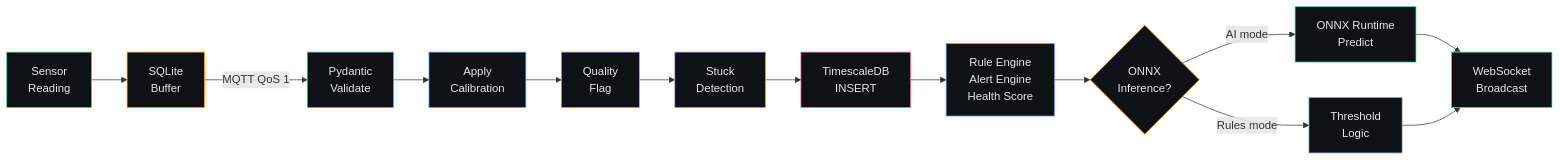
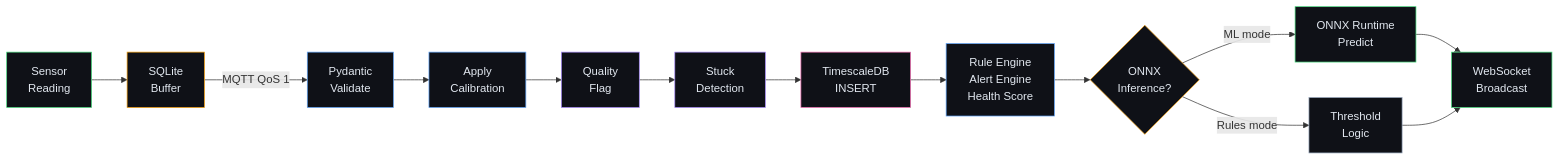
One commit to synaesthetik/backyard-farm changed the second of 4 diagrams in README.md. Above: the diagram before and after it, drawn with Mermaid. The commit also changed other lines of this file, not shown here.

````diff
--- a/README.md
+++ b/README.md
@@ -67,28 +67,28 @@
 ```mermaid
 flowchart LR
     SENSOR["Sensor<br/>Reading"] --> BUFFER["SQLite<br/>Buffer"]
     BUFFER -->|MQTT QoS 1| PARSE["Pydantic<br/>Validate"]
     PARSE --> CAL["Apply<br/>Calibration"]
     CAL --> QF["Quality<br/>Flag"]
     QF --> STUCK["Stuck<br/>Detection"]
     STUCK --> TS["TimescaleDB<br/>INSERT"]
     TS --> EVAL["Rule Engine<br/>Alert Engine<br/>Health Score"]
     EVAL --> ONNX{"ONNX<br/>Inference?"}
-    ONNX -->|AI mode| ML["ONNX Runtime<br/>Predict"]
+    ONNX -->|ML mode| ML["ONNX Runtime<br/>Predict"]
     ONNX -->|Rules mode| RULES["Threshold<br/>Logic"]
     ML --> WS["WebSocket<br/>Broadcast"]
     RULES --> WS
 
     style SENSOR fill:#0f1117,stroke:#4ade80,color:#e2e8f0
     style BUFFER fill:#0f1117,stroke:#f59e0b,color:#e2e8f0
     style PARSE fill:#0f1117,stroke:#60a5fa,color:#e2e8f0
     style CAL fill:#0f1117,stroke:#60a5fa,color:#e2e8f0
     style QF fill:#0f1117,stroke:#a78bfa,color:#e2e8f0
     style STUCK fill:#0f1117,stroke:#a78bfa,color:#e2e8f0
     style TS fill:#0f1117,stroke:#f472b6,color:#e2e8f0
     style EVAL fill:#0f1117,stroke:#60a5fa,color:#e2e8f0
     style ONNX fill:#0f1117,stroke:#f59e0b,color:#e2e8f0
     style ML fill:#0f1117,stroke:#4ade80,color:#e2e8f0
     style RULES fill:#0f1117,stroke:#94a3b8,color:#e2e8f0
     style WS fill:#0f1117,stroke:#4ade80,color:#e2e8f0
 ```
````
